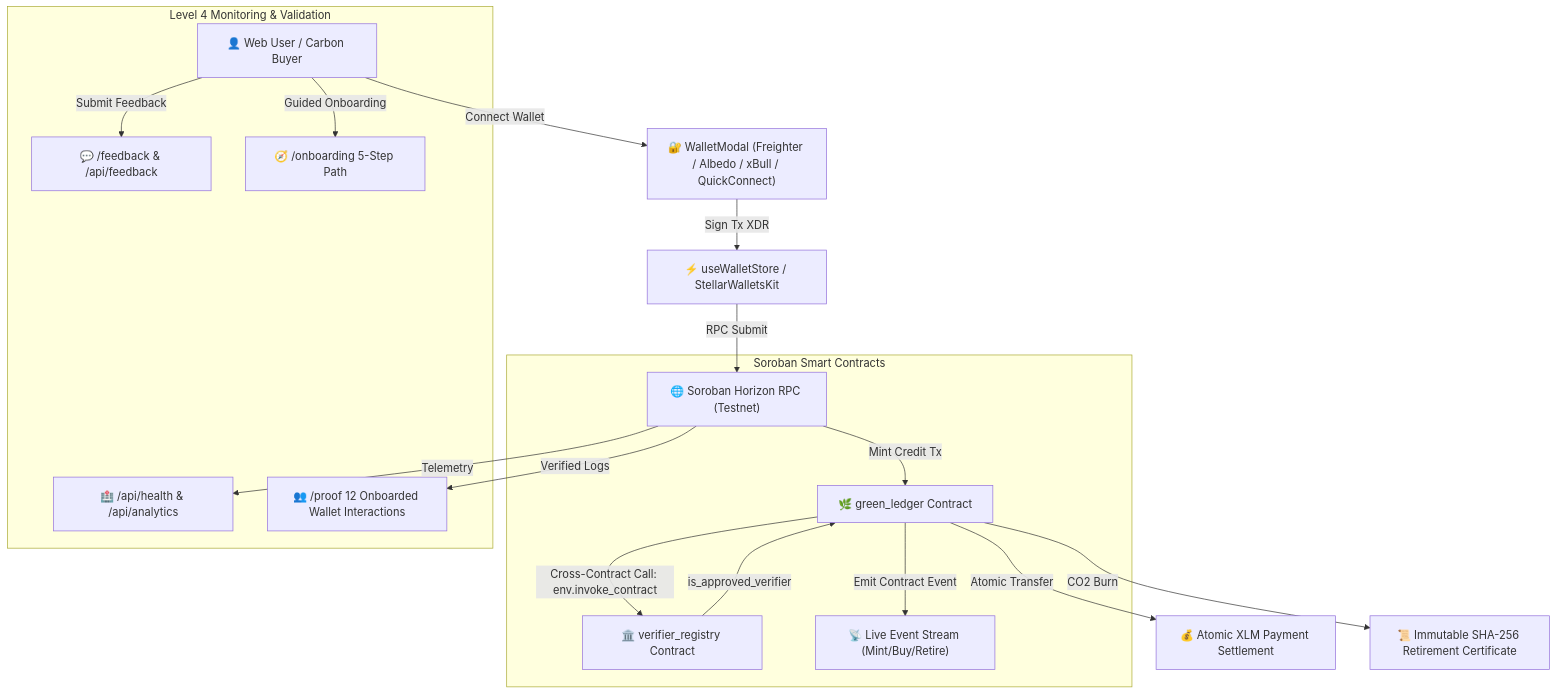
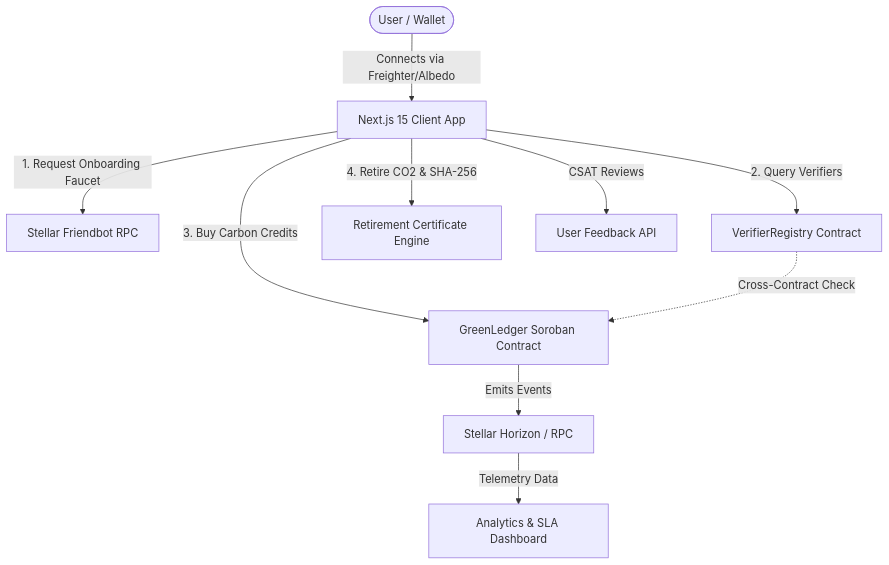
One commit to shivam-1410/GreenLedger changed the diagram in README.md. Above: the diagram before and after it, drawn with Mermaid. The commit also changed other lines of this file, not shown here.

Commit message:
docs(readme): update README with August 2026 commit audit log badge and Level 4 module links

````diff
--- a/README.md
+++ b/README.md
@@ -51,23 +45,12 @@
 ```mermaid
-flowchart TD
-    User["👤 Web User / Carbon Buyer"] -->|Connect Wallet| Modal["🔐 WalletModal (Freighter / Albedo / xBull / QuickConnect)"]
-    Modal -->|Sign Tx XDR| WalletStore["⚡ useWalletStore / StellarWalletsKit"]
-    WalletStore -->|RPC Submit| SorobanRPC["🌐 Soroban Horizon RPC (Testnet)"]
-    
-    subgraph Soroban Smart Contracts
-        SorobanRPC -->|Mint Credit Tx| CoreContract["🌿 green_ledger Contract"]
-        CoreContract -->|Cross-Contract Call: env.invoke_contract| RegistryContract["🏛️ verifier_registry Contract"]
-        RegistryContract -->|is_approved_verifier| CoreContract
-        CoreContract -->|Emit Contract Event| EventStream["📡 Live Event Stream (Mint/Buy/Retire)"]
-    end
-    
-    CoreContract -->|Atomic Transfer| Settlement["💰 Atomic XLM Payment Settlement"]
-    CoreContract -->|CO2 Burn| Certificate["📜 Immutable SHA-256 Retirement Certificate"]
-    
-    subgraph Level 4 Monitoring & Validation
-        SorobanRPC -->|Telemetry| HealthAPI["🏥 /api/health & /api/analytics"]
-        User -->|Submit Feedback| FeedbackAPI["💬 /feedback & /api/feedback"]
-        User -->|Guided Onboarding| Wizard["🧭 /onboarding 5-Step Path"]
-        SorobanRPC -->|Verified Logs| ProofExplorer["👥 /proof 12 Onboarded Wallet Interactions"]
-    end
+graph TD
+    User([User / Wallet]) -->|Connects via Freighter/Albedo| App[Next.js 15 Client App]
+    App -->|1. Request Onboarding Faucet| Friendbot[Stellar Friendbot RPC]
+    App -->|2. Query Verifiers| Governance[VerifierRegistry Contract]
+    App -->|3. Buy Carbon Credits| Marketplace[GreenLedger Soroban Contract]
+    App -->|4. Retire CO2 & SHA-256| Certificate[Retirement Certificate Engine]
+    Governance -.->|Cross-Contract Check| Marketplace
+    Marketplace -->|Emits Events| Horizon[Stellar Horizon / RPC]
+    Horizon -->|Telemetry Data| Telemetry[Analytics & SLA Dashboard]
+    App -->|CSAT Reviews| Feedback[User Feedback API]
 ```
````
